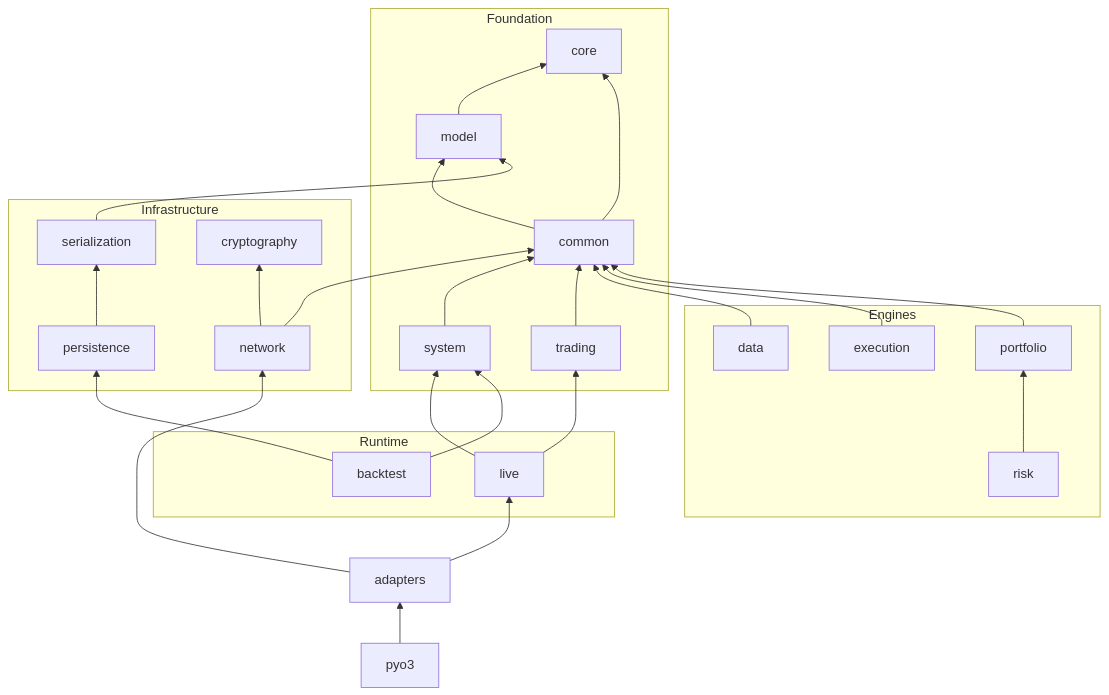
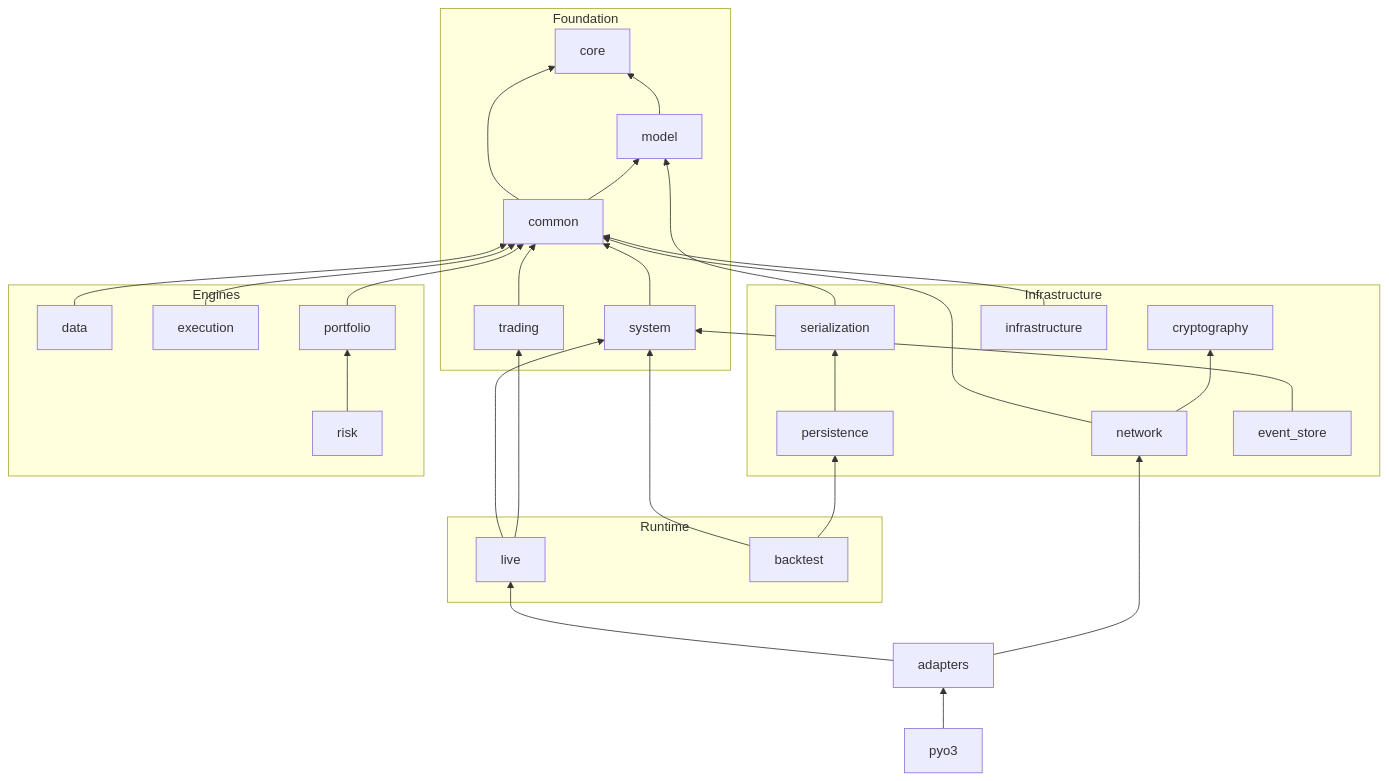
Before and after one commit to brianmok888/nautilus-trader-dev-skill: the fourth of 4 diagrams in skills/nt-live/references/concepts/architecture.md, drawn with Mermaid. The commit also changed other lines of this file and 20 other files, not shown here.

````diff
--- a/skills/nt-live/references/concepts/architecture.md
+++ b/skills/nt-live/references/concepts/architecture.md
@@ -519,53 +521,57 @@
 ```mermaid
 flowchart BT
     subgraph Foundation
         core
         model
         common
         system
         trading
     end
 
     subgraph Infrastructure
         serialization
         network
         cryptography
         persistence
+        infrastructure
+        event_store
     end
 
     subgraph Engines
         data
         execution
         portfolio
         risk
     end
 
     subgraph Runtime
         live
         backtest
     end
 
     adapters
     pyo3
 
     model --> core
     common --> core
     common --> model
     system --> common
     trading --> common
     serialization --> model
     network --> common
     network --> cryptography
     persistence --> serialization
+    infrastructure --> common
+    event_store --> system
     data --> common
     execution --> common
     portfolio --> common
     risk --> portfolio
     live --> system
     live --> trading
     backtest --> system
     backtest --> persistence
     adapters --> live
     adapters --> network
     pyo3 --> adapters
 ```
````
